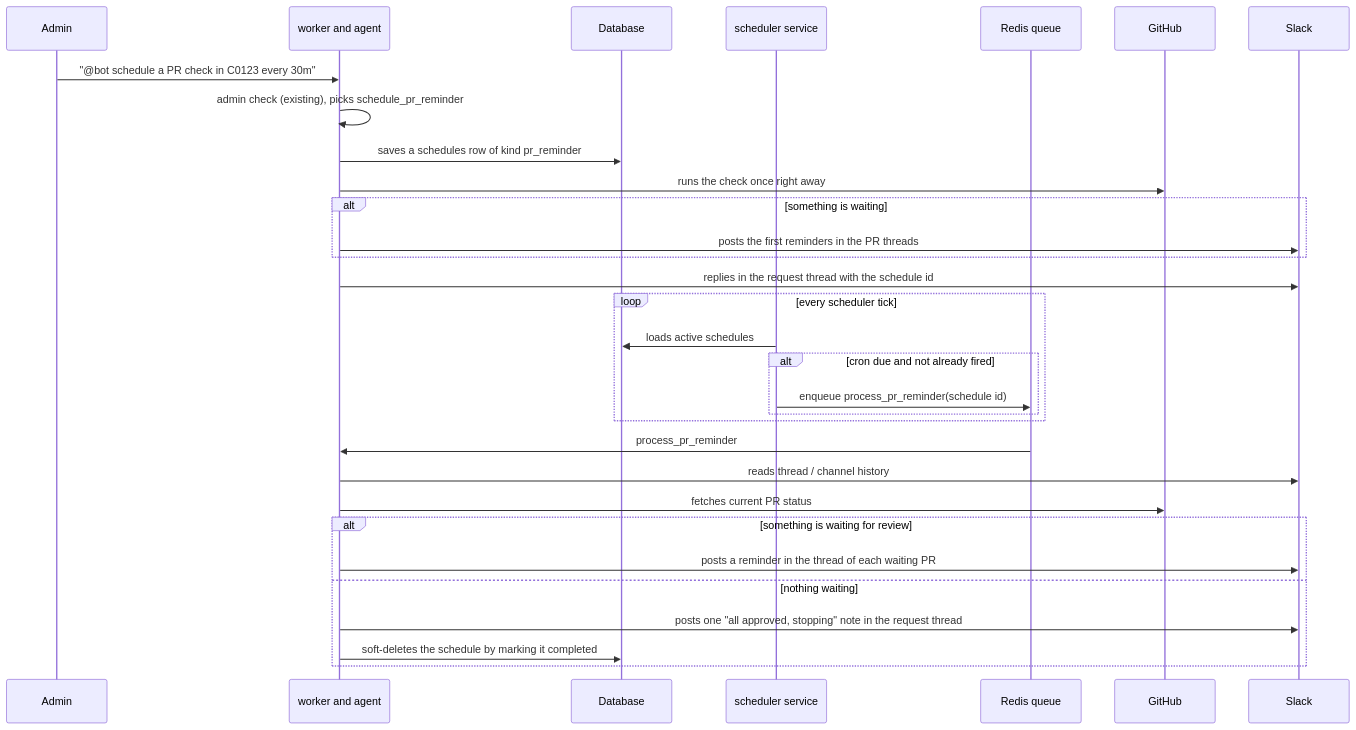
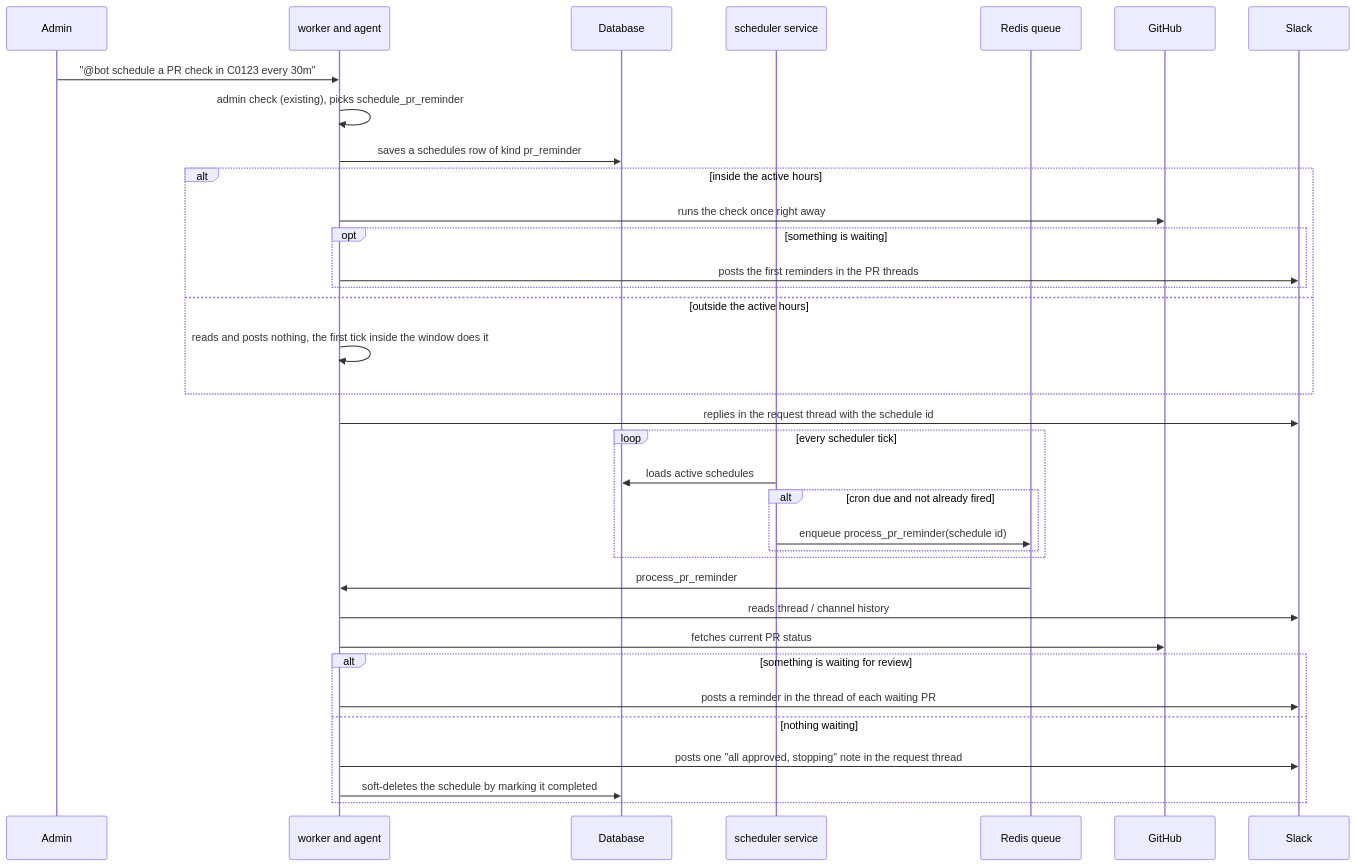
One commit to HungNguyen501/agentic-slack-bot changed the second of 3 diagrams in docs/pr_review_reminders.md. Above: the diagram before and after it, drawn with Mermaid. The commit also changed other lines of this file and 10 other files, not shown here.

````diff
--- a/docs/pr_review_reminders.md
+++ b/docs/pr_review_reminders.md
@@ -99,36 +99,40 @@
 ```mermaid
 sequenceDiagram
     participant Admin
     participant Agent as worker and agent
     participant Database
     participant Scheduler as scheduler service
     participant Queue as Redis queue
     participant GitHub
     participant Slack
 
     Admin->>Agent: "@bot schedule a PR check in C0123 every 30m"
     Agent->>Agent: admin check (existing), picks schedule_pr_reminder
     Agent->>Database: saves a schedules row of kind pr_reminder
-    Agent->>GitHub: runs the check once right away
-    alt something is waiting
-        Agent->>Slack: posts the first reminders in the PR threads
+    alt inside the active hours
+        Agent->>GitHub: runs the check once right away
+        opt something is waiting
+            Agent->>Slack: posts the first reminders in the PR threads
+        end
+    else outside the active hours
+        Agent->>Agent: reads and posts nothing, the first tick inside the window does it
     end
     Agent->>Slack: replies in the request thread with the schedule id
 
     loop every scheduler tick
         Scheduler->>Database: loads active schedules
         alt cron due and not already fired
             Scheduler->>Queue: enqueue process_pr_reminder(schedule id)
         end
     end
 
     Queue->>Agent: process_pr_reminder
     Agent->>Slack: reads thread / channel history
     Agent->>GitHub: fetches current PR status
     alt something is waiting for review
         Agent->>Slack: posts a reminder in the thread of each waiting PR
     else nothing waiting
         Agent->>Slack: posts one "all approved, stopping" note in the request thread
         Agent->>Database: soft-deletes the schedule by marking it completed
     end
 ```
````
